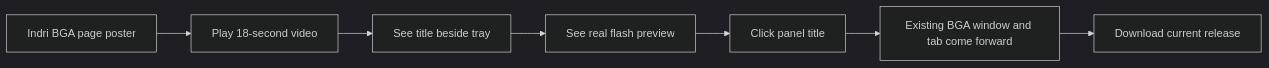
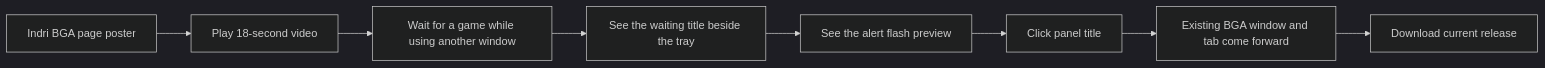
One commit to wbniv/bga-title-tray changed the first of 2 diagrams in docs/plans/2026-10-18-promo-video.md. Above: the diagram before and after it, drawn with Mermaid (dark theme). The commit also changed other lines of this file, not shown here.

Commit message:
Show waiting for a game in promo plan

````diff
--- a/docs/plans/2026-10-18-promo-video.md
+++ b/docs/plans/2026-10-18-promo-video.md
@@ -60,9 +60,10 @@
 ```mermaid
 flowchart LR
     A[Indri BGA page poster] --> B[Play 18-second video]
-    B --> C[See title beside tray]
-    C --> D[See real flash preview]
-    D --> E[Click panel title]
+    B --> C[Wait for a game while using another window]
+    C --> D[See the waiting title beside the tray]
+    D --> H[See the alert flash preview]
+    H --> E[Click panel title]
     E --> F[Existing BGA window and tab come forward]
     F --> G[Download current release]
 ```
````
